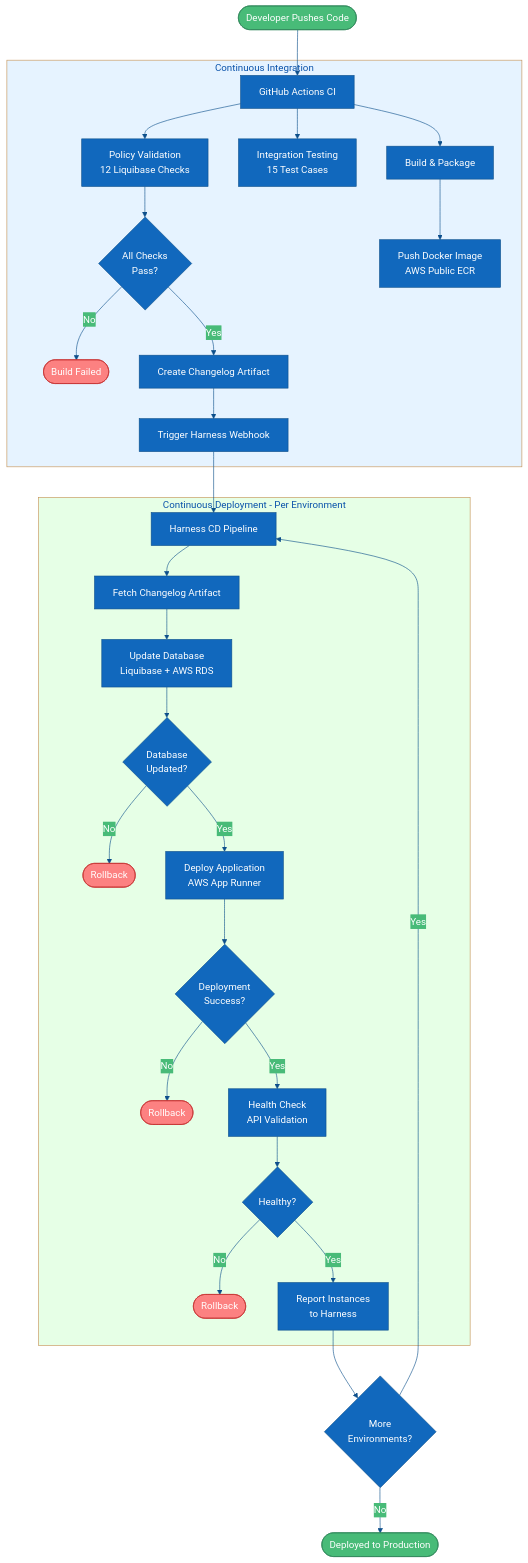
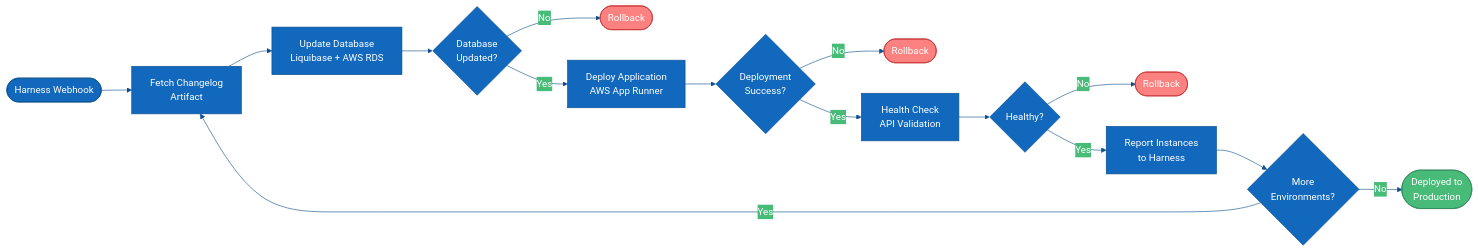
The second of 6 diagrams in docs/ARCHITECTURE_DIAGRAMS.md (liquibase-examples/gha-cd-bagelstore-demo), drawn with Mermaid before and after one commit. The commit also changed other lines of this file, not shown here.

Commit message:
Update architecture diagrams to split CI/CD into separate views
Split the monolithic CI/CD pipeline diagram into 1a (CI - GitHub Actions)
and 1b (CD - Harness) for clearer presentation of each stage.

````diff
--- a/docs/ARCHITECTURE_DIAGRAMS.md
+++ b/docs/ARCHITECTURE_DIAGRAMS.md
@@ -22,53 +56,30 @@
 ```mermaid
 %%{init: {'theme':'base', 'themeVariables': { 'primaryColor':'#1168bd','primaryTextColor':'#fff','primaryBorderColor':'#0d4f8b','lineColor':'#0d4f8b','secondaryColor':'#48bb78','tertiaryColor':'#f6ad55'}}}%%
 
-flowchart TB
-    Start([Developer Pushes Code]) --> GHA[GitHub Actions CI]
+flowchart LR
+    Trigger([Harness Webhook]) --> Fetch[Fetch Changelog<br/>Artifact]
 
-    subgraph CI["Continuous Integration"]
-        GHA --> Val[Policy Validation<br/>12 Liquibase Checks]
-        GHA --> Test[Integration Testing<br/>15 Test Cases]
-        GHA --> Build[Build & Package]
+    Fetch --> DB[Update Database<br/>Liquibase + AWS RDS]
+    DB --> DBSuccess{Database<br/>Updated?}
+    DBSuccess -->|No| RollbackDB([Rollback])
 
-        Val --> CheckPass{All Checks<br/>Pass?}
-        CheckPass -->|No| Fail([Build Failed])
-        CheckPass -->|Yes| Artifact[Create Changelog Artifact]
+    DBSuccess -->|Yes| App[Deploy Application<br/>AWS App Runner]
+    App --> AppSuccess{Deployment<br/>Success?}
+    AppSuccess -->|No| RollbackApp([Rollback])
 
-        Build --> Image[Push Docker Image<br/>AWS Public ECR]
+    AppSuccess -->|Yes| Health[Health Check<br/>API Validation]
+    Health --> HealthOK{Healthy?}
+    HealthOK -->|No| RollbackHealth([Rollback])
 
-        Artifact --> Trigger[Trigger Harness Webhook]
-    end
-
-    Trigger --> Harness[Harness CD Pipeline]
-
-    subgraph CD["Continuous Deployment - Per Environment"]
-        Harness --> Fetch[Fetch Changelog Artifact]
-
-        Fetch --> DB[Update Database<br/>Liquibase + AWS RDS]
-        DB --> DBSuccess{Database<br/>Updated?}
-        DBSuccess -->|No| RollbackDB([Rollback])
-
-        DBSuccess -->|Yes| App[Deploy Application<br/>AWS App Runner]
-        App --> AppSuccess{Deployment<br/>Success?}
-        AppSuccess -->|No| RollbackApp([Rollback])
-
-        AppSuccess -->|Yes| Health[Health Check<br/>API Validation]
-        Health --> HealthOK{Healthy?}
-        HealthOK -->|No| RollbackHealth([Rollback])
-
-        HealthOK -->|Yes| Report[Report Instances<br/>to Harness]
-    end
+    HealthOK -->|Yes| Report[Report Instances<br/>to Harness]
 
     Report --> NextEnv{More<br/>Environments?}
-    NextEnv -->|Yes| Harness
-    NextEnv -->|No| Success([Deployed to Production])
+    NextEnv -->|Yes| Fetch
+    NextEnv -->|No| Success([Deployed to<br/>Production])
 
-    style CI fill:#e6f3ff
-    style CD fill:#e6ffe6
-    style Start fill:#48bb78,stroke:#2f855a,color:#fff
+    style Trigger fill:#1168bd,stroke:#0d4f8b,color:#fff
     style Success fill:#48bb78,stroke:#2f855a,color:#fff
-    style Fail fill:#fc8181,stroke:#c53030,color:#fff
     style RollbackDB fill:#fc8181,stroke:#c53030,color:#fff
     style RollbackApp fill:#fc8181,stroke:#c53030,color:#fff
     style RollbackHealth fill:#fc8181,stroke:#c53030,color:#fff
 ```
````
